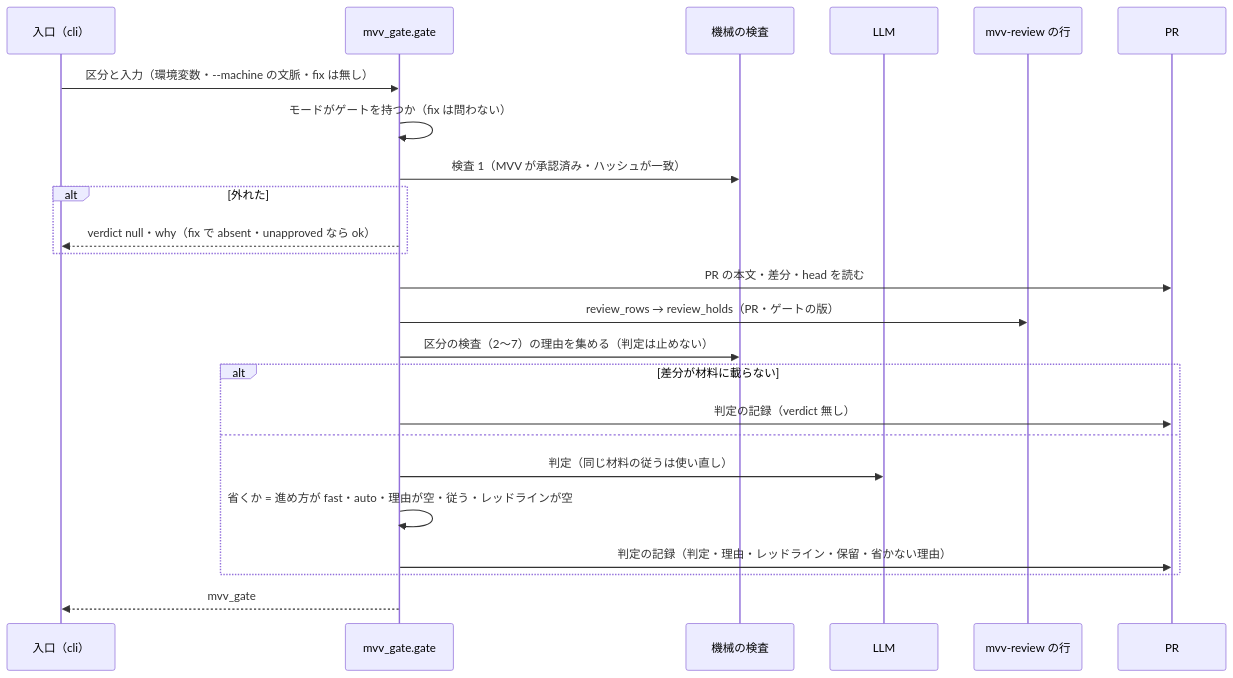
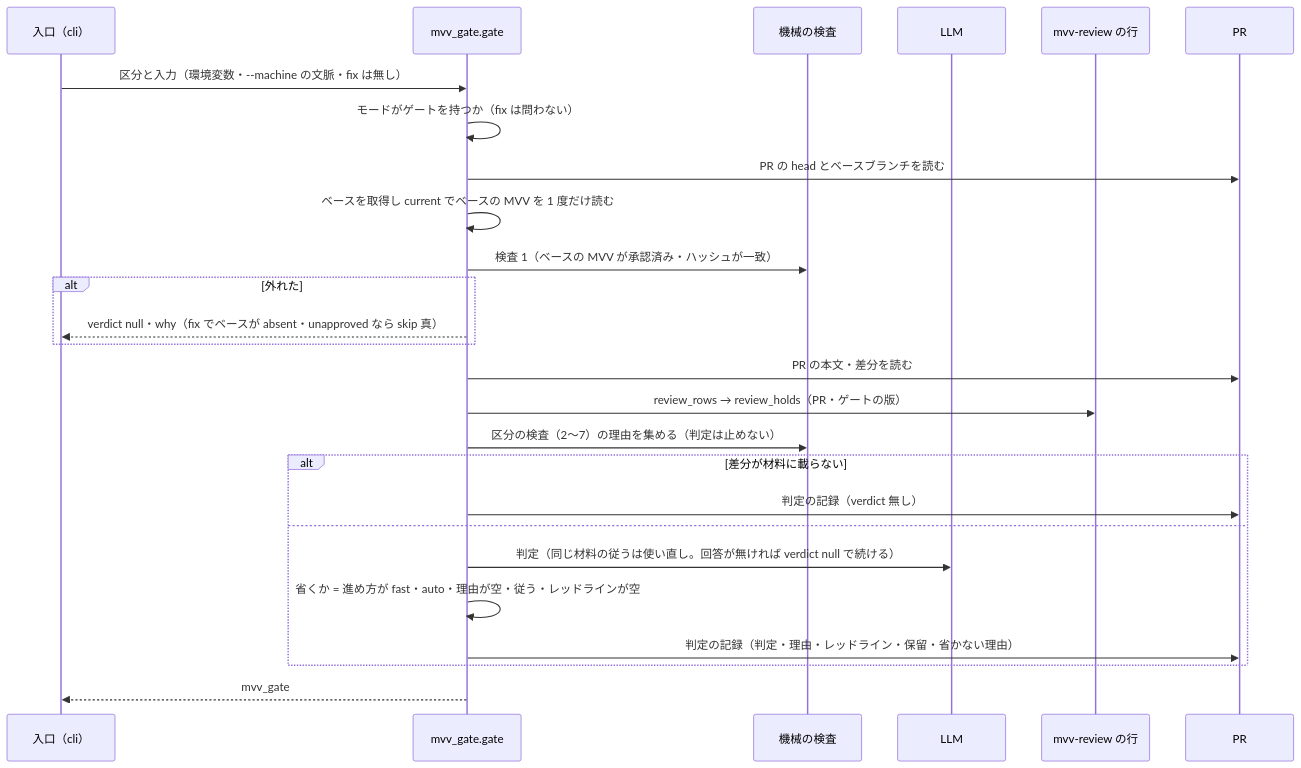
The third of 4 diagrams in issues/issue-3959-4055-design.md (devbasex/ai-plugins), drawn with Mermaid before and after one commit. The commit also changed other lines of this file and 1 other file, not shown here.

First line of the commit message:
Docs: #3959 の設計を cross-review の指摘で直す（MVV をベースから 1 度だけ読む・判定した head でマージ・進めない判定は人の承認へ・リリースの保留を承認資料と同じ範囲で読む・書き手の欠けの契約・両入口で同じ PR）

````diff
--- a/issues/issue-3959-4055-design.md
+++ b/issues/issue-3959-4055-design.md
@@ -135,26 +137,28 @@
 ```mermaid
 sequenceDiagram
   participant E as 入口（cli）
   participant G as mvv_gate.gate
   participant C as 機械の検査
   participant L as LLM
   participant R as mvv-review の行
   participant P as PR
   E->>G: 区分と入力（環境変数・--machine の文脈・fix は無し）
   G->>G: モードがゲートを持つか（fix は問わない）
-  G->>C: 検査 1（MVV が承認済み・ハッシュが一致）
+  G->>P: PR の head とベースブランチを読む
+  G->>G: ベースを取得し current でベースの MVV を 1 度だけ読む
+  G->>C: 検査 1（ベースの MVV が承認済み・ハッシュが一致）
   alt 外れた
-    G-->>E: verdict null・why（fix で absent・unapproved なら ok）
+    G-->>E: verdict null・why（fix でベースが absent・unapproved なら skip 真）
   end
-  G->>P: PR の本文・差分・head を読む
+  G->>P: PR の本文・差分を読む
   G->>R: review_rows → review_holds（PR・ゲートの版）
   G->>C: 区分の検査（2〜7）の理由を集める（判定は止めない）
   alt 差分が材料に載らない
     G->>P: 判定の記録（verdict 無し）
   else
-    G->>L: 判定（同じ材料の従うは使い直し）
+    G->>L: 判定（同じ材料の従うは使い直し。回答が無ければ verdict null で続ける）
     G->>G: 省くか = 進め方が fast・auto・理由が空・従う・レッドラインが空
     G->>P: 判定の記録（判定・理由・レッドライン・保留・省かない理由）
   end
   G-->>E: mvv_gate
 ```
````
